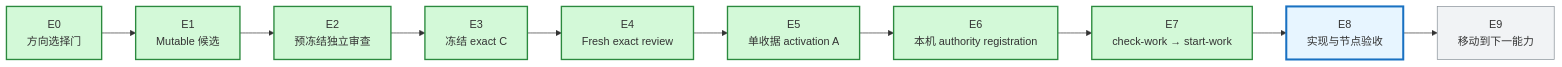
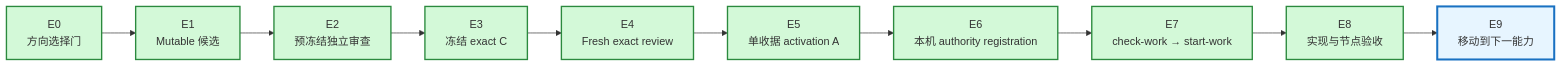
Before and after one commit to j-a-v-e-n/knowledge-vault: the second of 3 diagrams in MyBrain/automation/reports/investment-discipline-system/CURRENT_PROGRESS.md, drawn with Mermaid. The commit also changed other lines of this file, not shown here.

````diff
--- a/MyBrain/automation/reports/investment-discipline-system/CURRENT_PROGRESS.md
+++ b/MyBrain/automation/reports/investment-discipline-system/CURRENT_PROGRESS.md
@@ -60,19 +60,18 @@
 ```mermaid
 flowchart LR
     E0["E0<br/>方向选择门"] --> E1["E1<br/>Mutable 候选"]
     E1 --> E2["E2<br/>预冻结独立审查"]
     E2 --> E3["E3<br/>冻结 exact C"]
     E3 --> E4["E4<br/>Fresh exact review"]
     E4 --> E5["E5<br/>单收据 activation A"]
     E5 --> E6["E6<br/>本机 authority registration"]
     E6 --> E7["E7<br/>check-work → start-work"]
     E7 --> E8["E8<br/>实现与节点验收"]
     E8 --> E9["E9<br/>移动到下一能力"]
 
     classDef done fill:#d3f9d8,stroke:#2b8a3e,stroke-width:2px;
     classDef current fill:#e7f5ff,stroke:#1971c2,stroke-width:3px;
     classDef pending fill:#f1f3f5,stroke:#868e96;
-    class E0,E1,E2,E3,E4,E5,E6,E7 done;
-    class E8 current;
-    class E9 pending;
+    class E0,E1,E2,E3,E4,E5,E6,E7,E8 done;
+    class E9 current;
 ```
````
